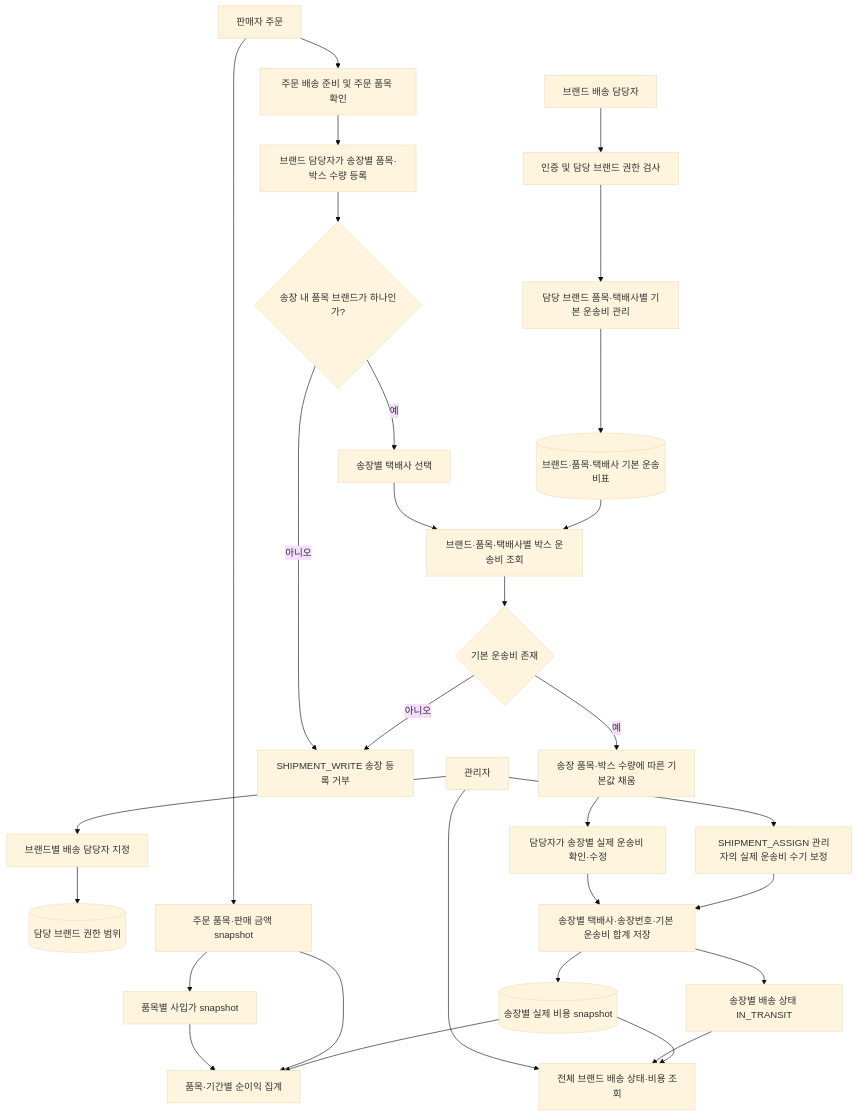
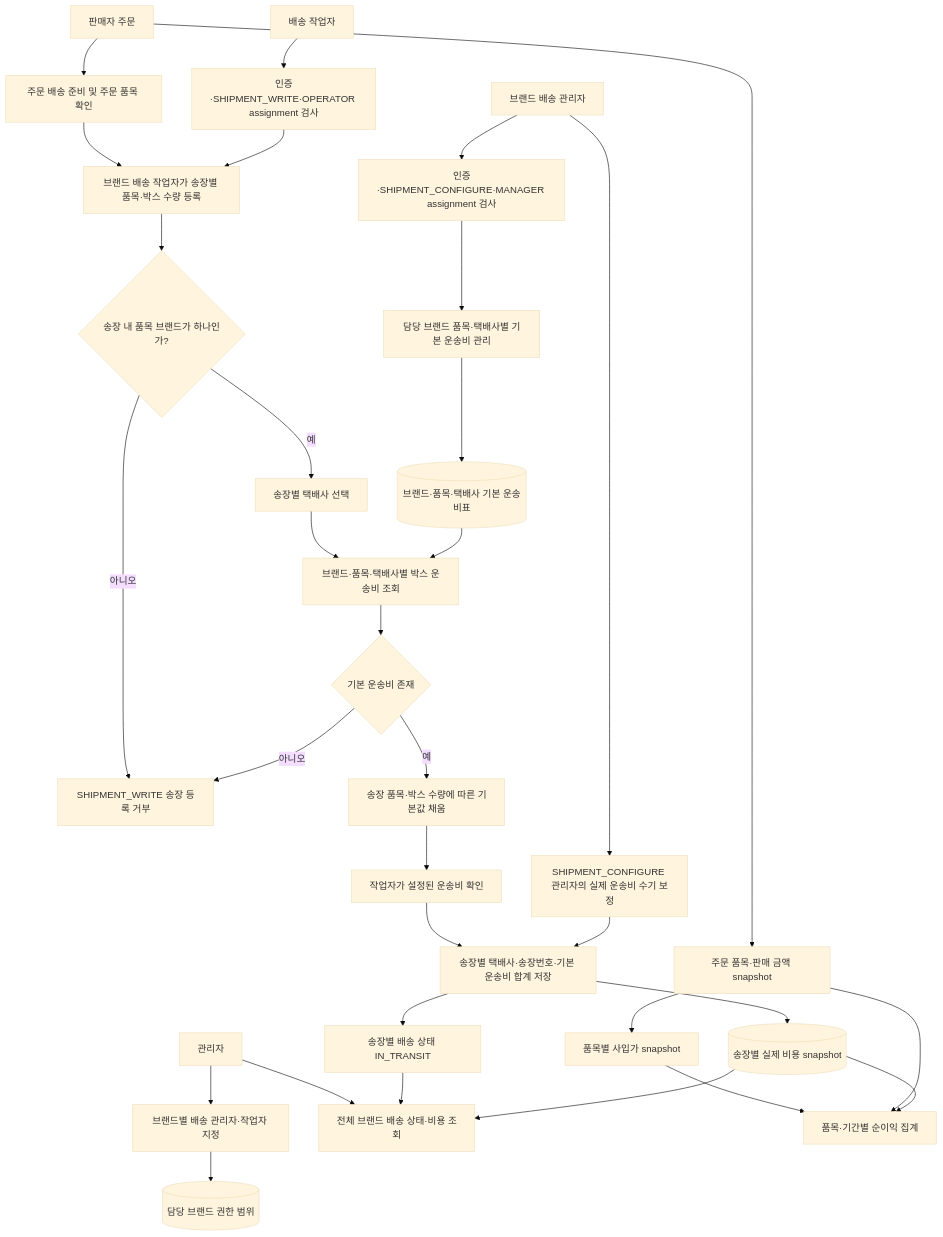
The fifth of 5 diagrams in docs/services/order.md (DongHyeonEom/umji-market-api), drawn with Mermaid (base theme) before and after one commit. The commit also changed other lines of this file and 27 other files, not shown here.

````diff
--- a/docs/services/order.md
+++ b/docs/services/order.md
@@ -352,32 +352,34 @@
 ```mermaid
 flowchart TD
-    ADMIN[관리자] --> ASSIGN[브랜드별 배송 담당자 지정]
+    ADMIN[관리자] --> ASSIGN[브랜드별 배송 관리자·작업자 지정]
     ASSIGN --> SCOPE[(담당 브랜드 권한 범위)]
-    MANAGER[브랜드 배송 담당자] --> AUTH[인증 및 담당 브랜드 권한 검사]
+    MANAGER[브랜드 배송 관리자] --> AUTH[인증·SHIPMENT_CONFIGURE·MANAGER assignment 검사]
     AUTH --> CONFIG[담당 브랜드 품목·택배사별 기본 운송비 관리]
     CONFIG --> MATRIX[(브랜드·품목·택배사 기본 운송비표)]
     ORDER[판매자 주문] --> ITEMS[주문 품목·판매 금액 snapshot]
     ITEMS --> COST[품목별 사입가 snapshot]
     ORDER --> SHIPREADY[주문 배송 준비 및 주문 품목 확인]
-    SHIPREADY --> BOX[브랜드 담당자가 송장별 품목·박스 수량 등록]
+    SHIPREADY --> BOX[브랜드 배송 작업자가 송장별 품목·박스 수량 등록]
+    OPERATOR[배송 작업자] --> OP_AUTH[인증·SHIPMENT_WRITE·OPERATOR assignment 검사]
+    OP_AUTH --> BOX
     BOX --> ONEBRAND{송장 내 품목 브랜드가 하나인가?}
     ONEBRAND -->|아니오| REJECT[송장 등록 거부]
     ONEBRAND -->|예| PICK[송장별 택배사 선택]
     PICK --> LOOKUP[브랜드·품목·택배사별 박스 운송비 조회]
     MATRIX --> LOOKUP
     LOOKUP --> FOUND{기본 운송비 존재}
     FOUND -->|예| PREFILL[송장 품목·박스 수량에 따른 기본값 채움]
     FOUND -->|아니오| REJECT[SHIPMENT_WRITE 송장 등록 거부]
-    PREFILL --> REVIEW[담당자가 송장별 실제 운송비 확인·수정]
+    PREFILL --> REVIEW[작업자가 설정된 운송비 확인]
     REVIEW --> TRACK[송장별 택배사·송장번호·기본 운송비 합계 저장]
     TRACK --> STATUS[송장별 배송 상태 IN_TRANSIT]
     TRACK --> SNAP[(송장별 실제 비용 snapshot)]
     ADMIN --> ALL[전체 브랜드 배송 상태·비용 조회]
     STATUS --> ALL
     SNAP --> ALL
     COST --> PROFIT[품목·기간별 순이익 집계]
     ITEMS --> PROFIT
     SNAP --> PROFIT
-    ADMIN --> OVERRIDE[SHIPMENT_ASSIGN 관리자의 실제 운송비 수기 보정]
+    MANAGER --> OVERRIDE[SHIPMENT_CONFIGURE 관리자의 실제 운송비 수기 보정]
     OVERRIDE --> TRACK
 ```
````
